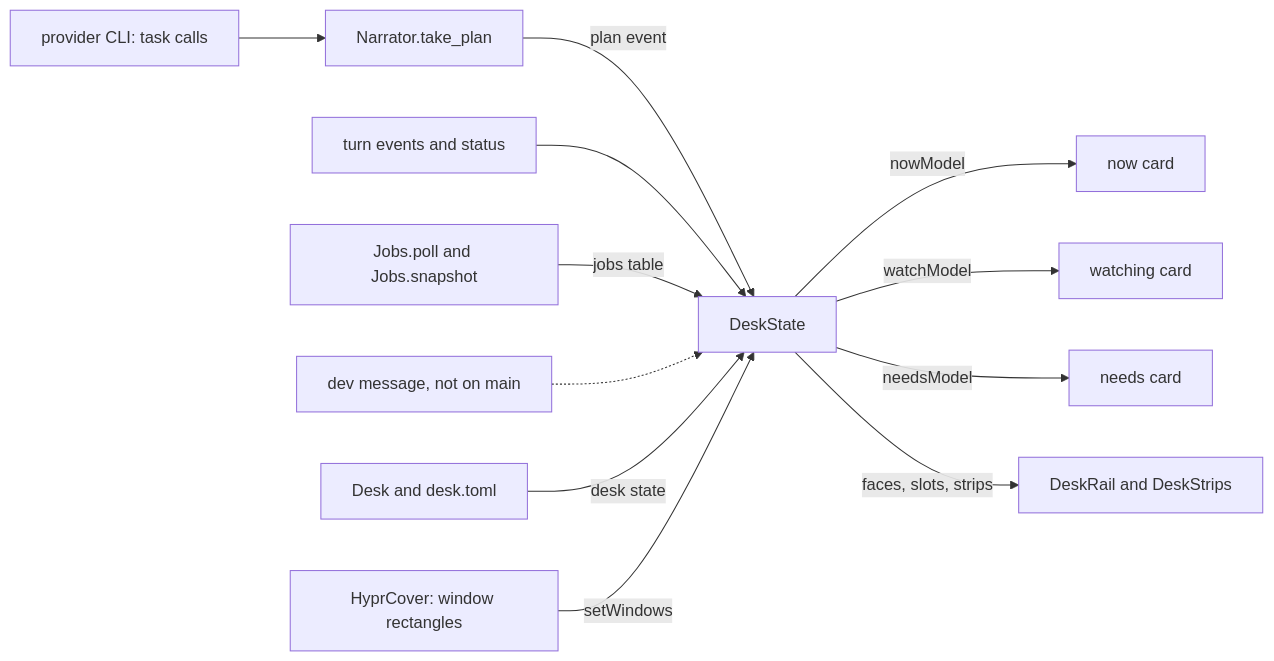
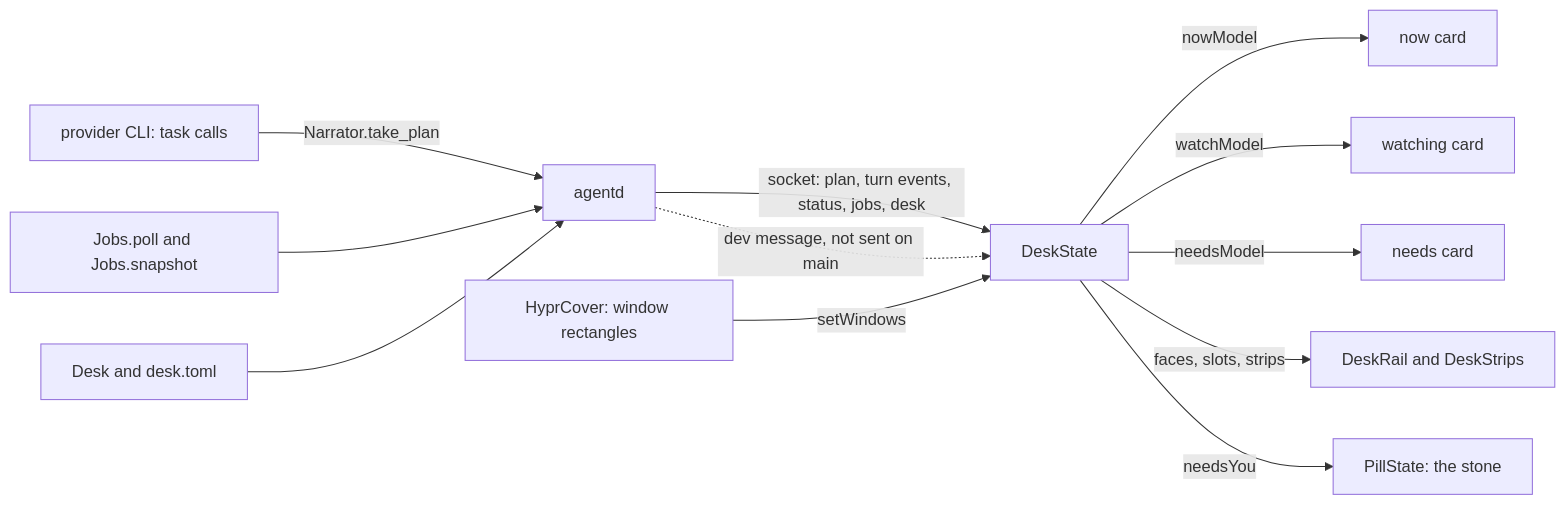
One commit to thedefaultman/Bombadil changed the first of 3 diagrams in docs/architecture/desk.md. Above: the diagram before and after it, drawn with Mermaid. The commit also changed other lines of this file and 21 other files, not shown here.

````diff
--- a/docs/architecture/desk.md
+++ b/docs/architecture/desk.md
@@ -14,14 +14,14 @@
 ```mermaid
 flowchart LR
-    CLI["provider CLI: task calls"] --> NAR["Narrator.take_plan"]
-    NAR -->|"plan event"| DS
-    TURN["turn events and status"] --> DS
-    JOBS["Jobs.poll and Jobs.snapshot"] -->|"jobs table"| DS
-    DEV["dev message, not on main"] -.-> DS
-    DESKPY["Desk and desk.toml"] -->|"desk state"| DS
+    CLI["provider CLI: task calls"] -->|"Narrator.take_plan"| AGD["agentd"]
+    JOBS["Jobs.poll and Jobs.snapshot"] --> AGD
+    DESKPY["Desk and desk.toml"] --> AGD
+    AGD -->|"socket: plan, turn events, status, jobs, desk"| DS["DeskState"]
+    AGD -.->|"dev message, not sent on main"| DS
     COVER["HyprCover: window rectangles"] -->|"setWindows"| DS
-    DS["DeskState"] -->|"nowModel"| NOW["now card"]
+    DS -->|"nowModel"| NOW["now card"]
     DS -->|"watchModel"| WATCH["watching card"]
     DS -->|"needsModel"| NEEDS["needs card"]
     DS -->|"faces, slots, strips"| DRAW["DeskRail and DeskStrips"]
+    DS -->|"needsYou"| PILL["PillState: the stone"]
 ```
````
